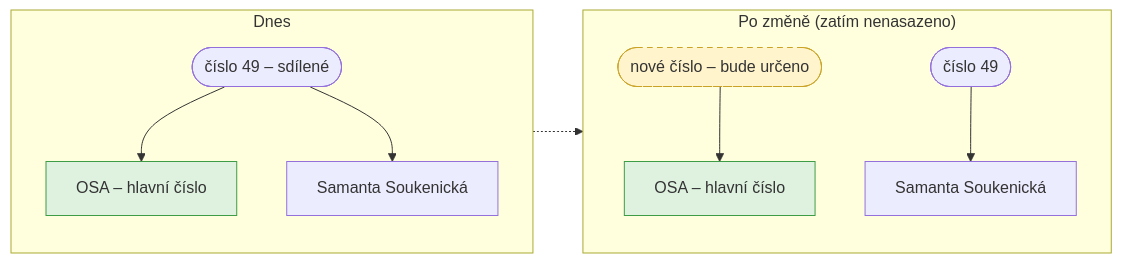
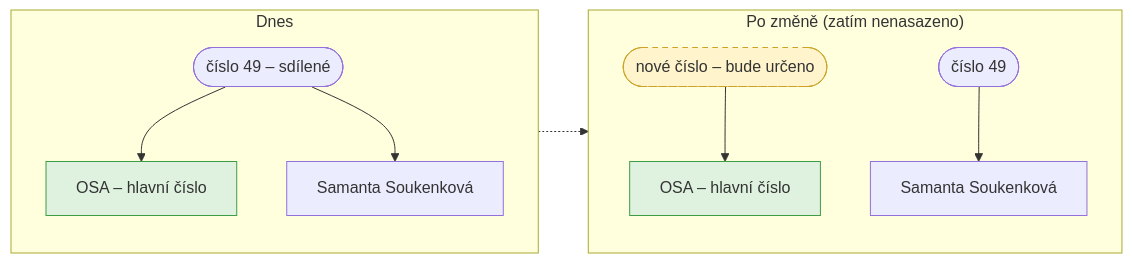
The third of 5 diagrams in diagramy/smerovani-prichozich-hovoru.md (HanzCZ/ETKmanualy), drawn with Mermaid before and after one commit. The commit also changed other lines of this file, not shown here.

````diff
--- a/diagramy/smerovani-prichozich-hovoru.md
+++ b/diagramy/smerovani-prichozich-hovoru.md
@@ -66,19 +66,19 @@
 ```mermaid
 flowchart LR
     subgraph DNES["Dnes"]
         N49(["číslo 49 – sdílené"])
         N49 --> OSA1["OSA – hlavní číslo"]
-        N49 --> SAM1["Samanta Soukenická"]
+        N49 --> SAM1["Samanta Soukenková"]
     end
 
     subgraph POTOM["Po změně (zatím nenasazeno)"]
         NEW(["nové číslo – bude určeno"]) --> OSA2["OSA – hlavní číslo"]
-        N49B(["číslo 49"]) --> SAM2["Samanta Soukenická"]
+        N49B(["číslo 49"]) --> SAM2["Samanta Soukenková"]
     end
 
     DNES -.-> POTOM
 
     style NEW fill:#fff4cc,stroke:#c9a227,stroke-dasharray: 5 5
     style OSA1 fill:#dff2e0,stroke:#3f9c46
     style OSA2 fill:#dff2e0,stroke:#3f9c46
 ```
````
